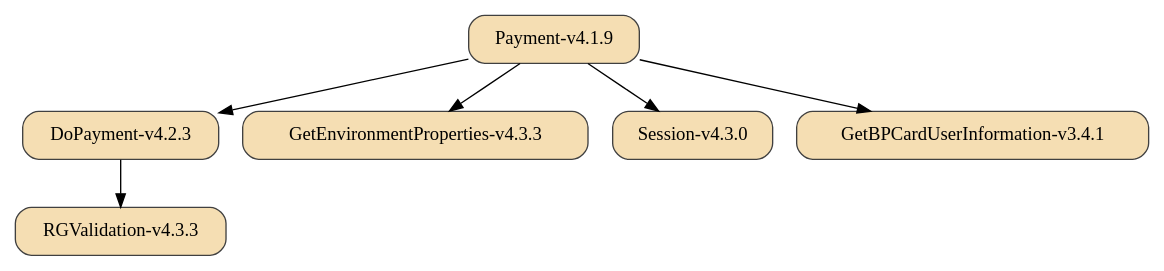
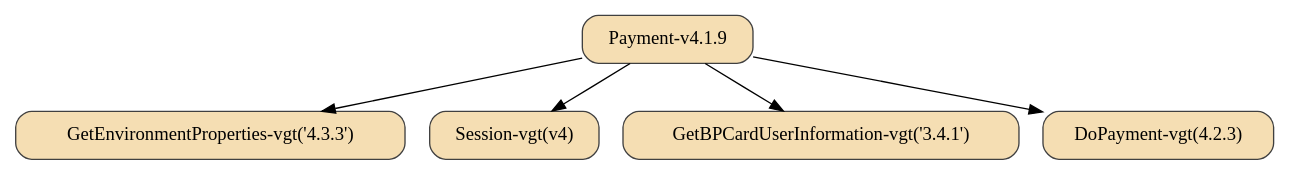
Before and after one commit to laetho/metagraf: the diagram in out/dots/poc.dot, drawn with Graphviz. The commit also changed 11 other files, not shown here.

```diff
--- a/out/dots/poc.dot
+++ b/out/dots/poc.dot
@@ -1,17 +1,15 @@
 digraph {
   rankdir=tplr
   node [color=grey25,
         fillcolor=wheat,
         shape=box,
         style="rounded,filled"];
-"RGValidation-v4.3.3" []
-"DoPayment-v4.2.3" -> "RGValidation-v4.3.3"
-"GetEnvironmentProperties-v4.3.3" []
-"Payment-v4.1.9" -> "GetEnvironmentProperties-v4.3.3"
-"Session-v4.3.0" []
-"Payment-v4.1.9" -> "Session-v4.3.0"
-"GetBPCardUserInformation-v3.4.1" []
-"Payment-v4.1.9" -> "GetBPCardUserInformation-v3.4.1"
-"DoPayment-v4.2.3" []
-"Payment-v4.1.9" -> "DoPayment-v4.2.3"
+"GetEnvironmentProperties-vgt('4.3.3')" []
+"Payment-v4.1.9" -> "GetEnvironmentProperties-vgt('4.3.3')"
+"Session-vgt(v4)" []
+"Payment-v4.1.9" -> "Session-vgt(v4)"
+"GetBPCardUserInformation-vgt('3.4.1')" []
+"Payment-v4.1.9" -> "GetBPCardUserInformation-vgt('3.4.1')"
+"DoPayment-vgt(4.2.3)" []
+"Payment-v4.1.9" -> "DoPayment-vgt(4.2.3)"
 }
```
